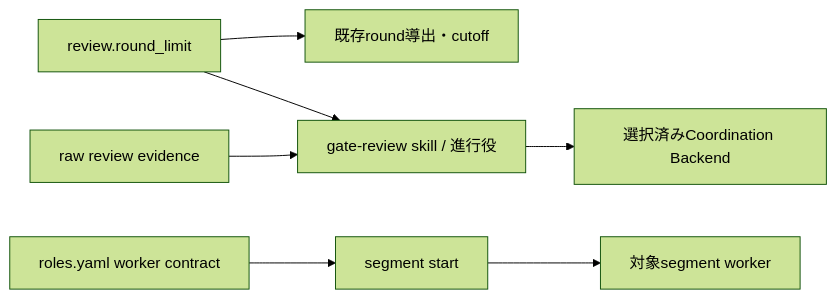
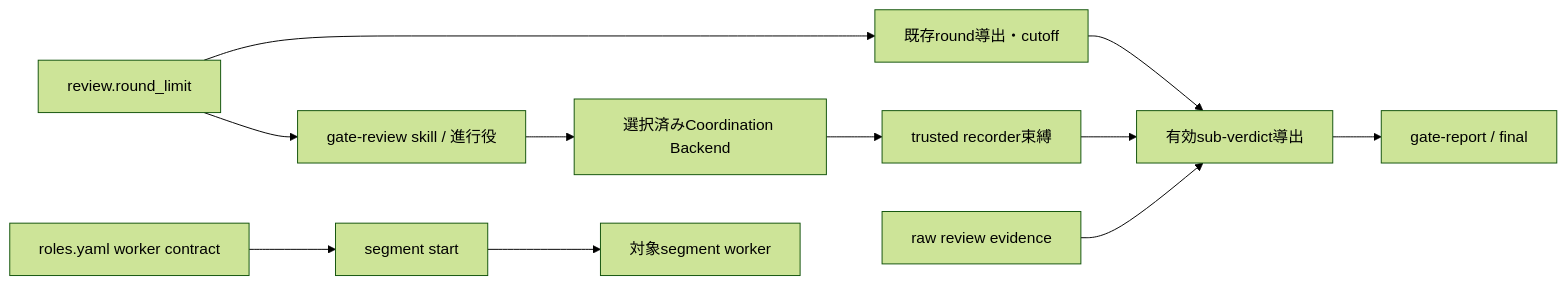
The diagram in DESIGN.md (techbeansjp-free/AGENTS.md), drawn with Mermaid (forest theme) before and after one commit. The commit also changed other lines of this file and 2 other files, not shown here.

````diff
--- a/DESIGN.md
+++ b/DESIGN.md
@@ -80,9 +113,13 @@
 ```mermaid
 flowchart LR
   C[review.round_limit] --> R[既存round導出・cutoff]
   C --> O[gate-review skill / 進行役]
   O --> B[選択済みCoordination Backend]
-  V[raw review evidence] --> O
+  B --> T[trusted recorder束縛]
+  T --> A[有効sub-verdict導出]
+  R --> A
+  V[raw review evidence] --> A
+  A --> G[gate-report / final]
   W[roles.yaml worker contract] --> S[segment start]
   S --> X[対象segment worker]
 ```
````
